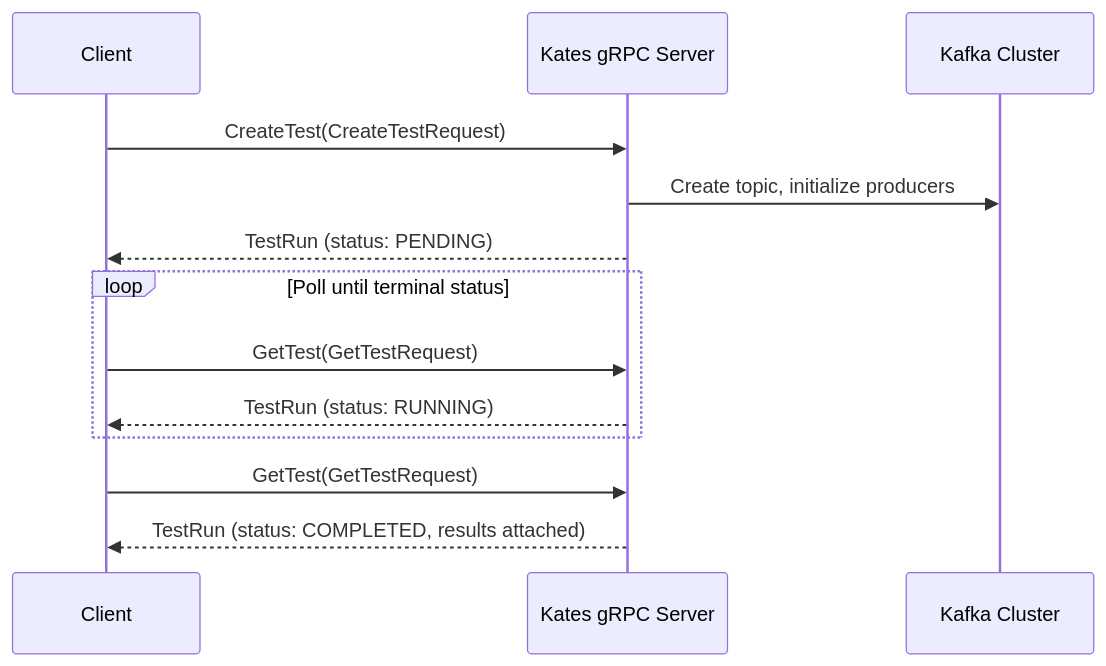
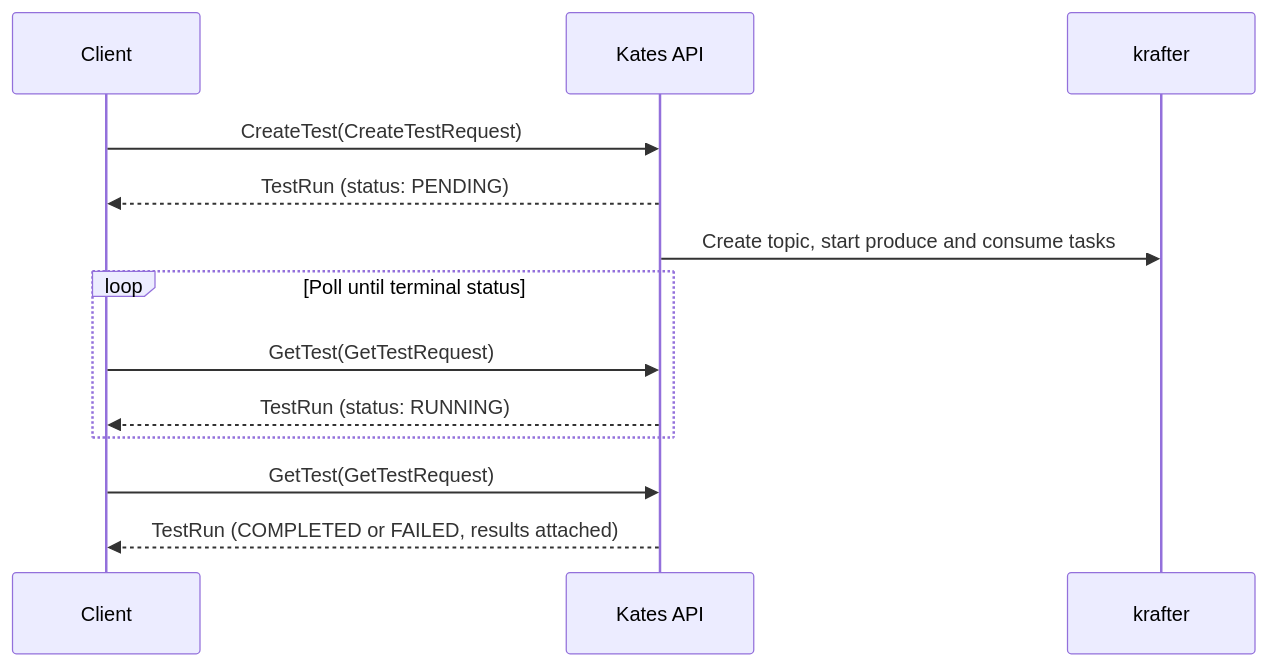
The diagram in docs/book/16-grpc-api.md (bmscomp/kates), drawn with Mermaid before and after one commit. The commit also changed other lines of this file and 52 other files, not shown here.

````diff
--- a/docs/book/16-grpc-api.md
+++ b/docs/book/16-grpc-api.md
@@ -39,21 +89,21 @@
 ```mermaid
 %%| label: fig-grpc-test-execution-flow
-%%| fig-cap: "Asynchronous gRPC test execution flow from CreateTest submission through GetTest polling to terminal completion."
-%%| fig-alt: "Sequence diagram between Client, Kates gRPC Server, and Kafka Cluster. The Client calls CreateTest(CreateTestRequest), the server creates the topic and initializes producers on the Kafka Cluster, and returns a TestRun in PENDING status. The Client then loops calling GetTest(GetTestRequest) while status is RUNNING until GetTest returns status COMPLETED with results attached."
+%%| fig-cap: "CreateTest answers before the run starts; a client learns the outcome only by polling GetTest until the status is COMPLETED or FAILED."
+%%| fig-alt: "Sequence diagram between Client, Kates API and krafter. The Client calls CreateTest and the Kates API answers at once with a TestRun in PENDING status. The Kates API then creates the topic and starts the produce and consume tasks on krafter. The Client loops calling GetTest while the status is RUNNING, until GetTest returns COMPLETED or FAILED with results attached."
 sequenceDiagram
     participant Client
-    participant Kates gRPC Server
-    participant Kafka Cluster
+    participant API as Kates API
+    participant K as krafter
 
-    Client->>Kates gRPC Server: CreateTest(CreateTestRequest)
-    Kates gRPC Server->>Kafka Cluster: Create topic, initialize producers
-    Kates gRPC Server-->>Client: TestRun (status: PENDING)
+    Client->>API: CreateTest(CreateTestRequest)
+    API-->>Client: TestRun (status: PENDING)
+    API->>K: Create topic, start produce and consume tasks
 
     loop Poll until terminal status
-        Client->>Kates gRPC Server: GetTest(GetTestRequest)
-        Kates gRPC Server-->>Client: TestRun (status: RUNNING)
+        Client->>API: GetTest(GetTestRequest)
+        API-->>Client: TestRun (status: RUNNING)
     end
 
-    Client->>Kates gRPC Server: GetTest(GetTestRequest)
-    Kates gRPC Server-->>Client: TestRun (status: COMPLETED, results attached)
+    Client->>API: GetTest(GetTestRequest)
+    API-->>Client: TestRun (COMPLETED or FAILED, results attached)
 ```
````
